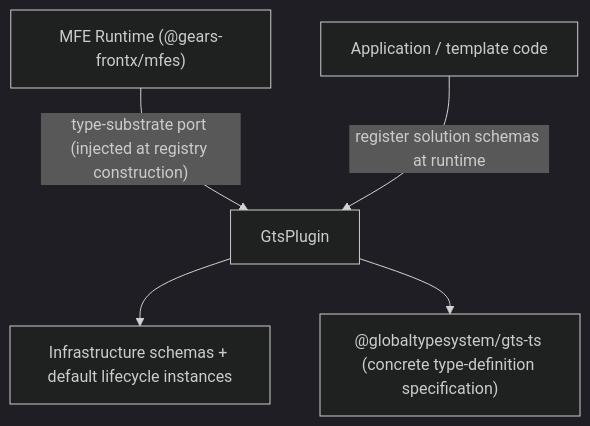
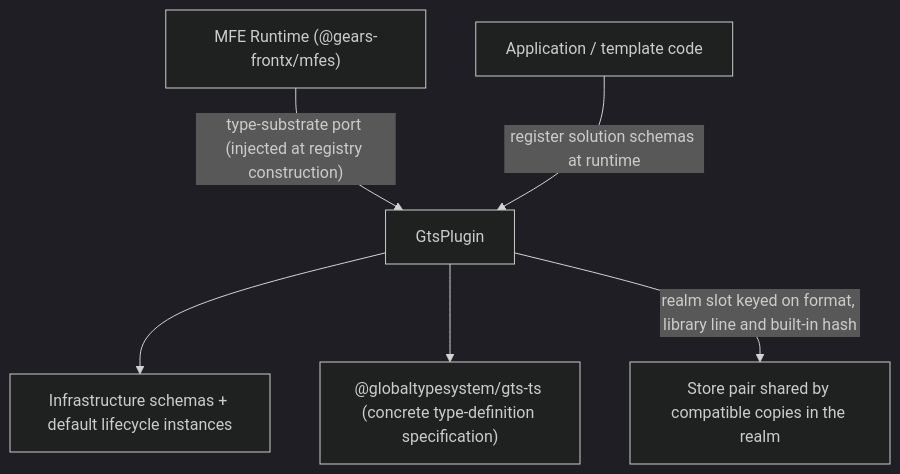
The first of 3 diagrams in packages/gts-plugin/architecture/DESIGN.md (GeraBart/gears-frontx), drawn with Mermaid (dark theme) before and after one commit. The commit also changed other lines of this file and 33 other files, not shown here.

````diff
--- a/packages/gts-plugin/architecture/DESIGN.md
+++ b/packages/gts-plugin/architecture/DESIGN.md
@@ -65,7 +69,8 @@
 ```mermaid
 graph TD
     Runtime["MFE Runtime (@gears-frontx/mfes)"] -- "type-substrate port (injected at registry construction)" --> Plugin[GtsPlugin]
     Plugin --> Schemas[Infrastructure schemas + default lifecycle instances]
     Plugin --> GTS["@globaltypesystem/gts-ts (concrete type-definition specification)"]
+    Plugin -- "realm slot keyed on format, library line and built-in hash" --> Store["Store pair shared by compatible copies in the realm"]
     Owners[Application / template code] -- "register solution schemas at runtime" --> Plugin
 ```
````
